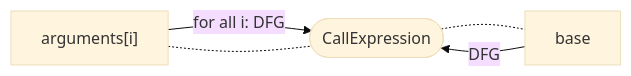
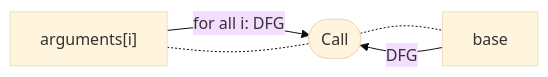
Before and after one commit to Fraunhofer-AISEC/cpg: the second of 40 diagrams in docs/docs/CPG/specs/dfg.md, drawn with Mermaid (base theme). The commit also changed other lines of this file and 403 other files, not shown here.

````diff
--- a/docs/docs/CPG/specs/dfg.md
+++ b/docs/docs/CPG/specs/dfg.md
@@ -45,7 +45,7 @@
   ```mermaid
   flowchart LR
-    arguments["arguments[i]"] -- "for all i: DFG" --> node([CallExpression]);
+    arguments["arguments[i]"] -- "for all i: DFG" --> node([Call]);
     base -- DFG --> node;
     arguments -.- node;
     node -.- base;
   ```
````
